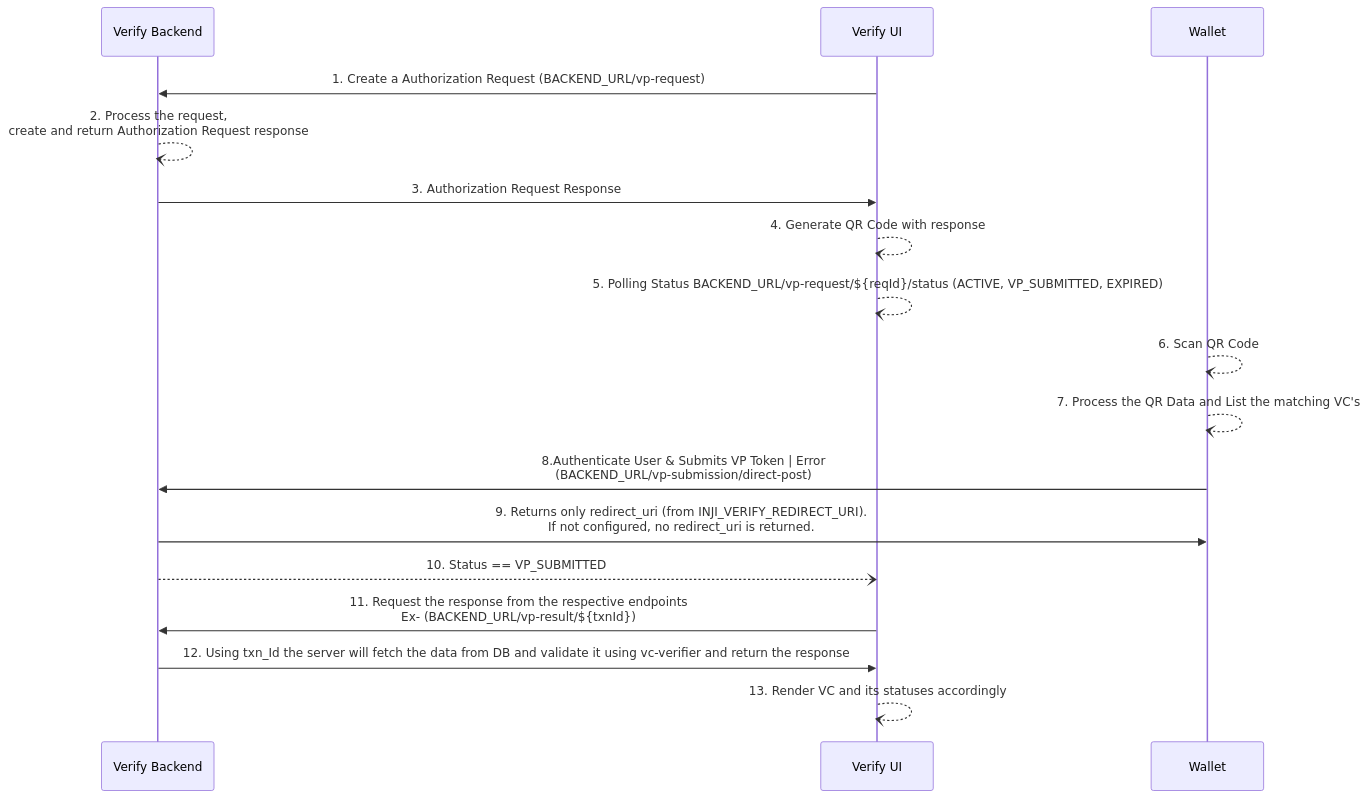
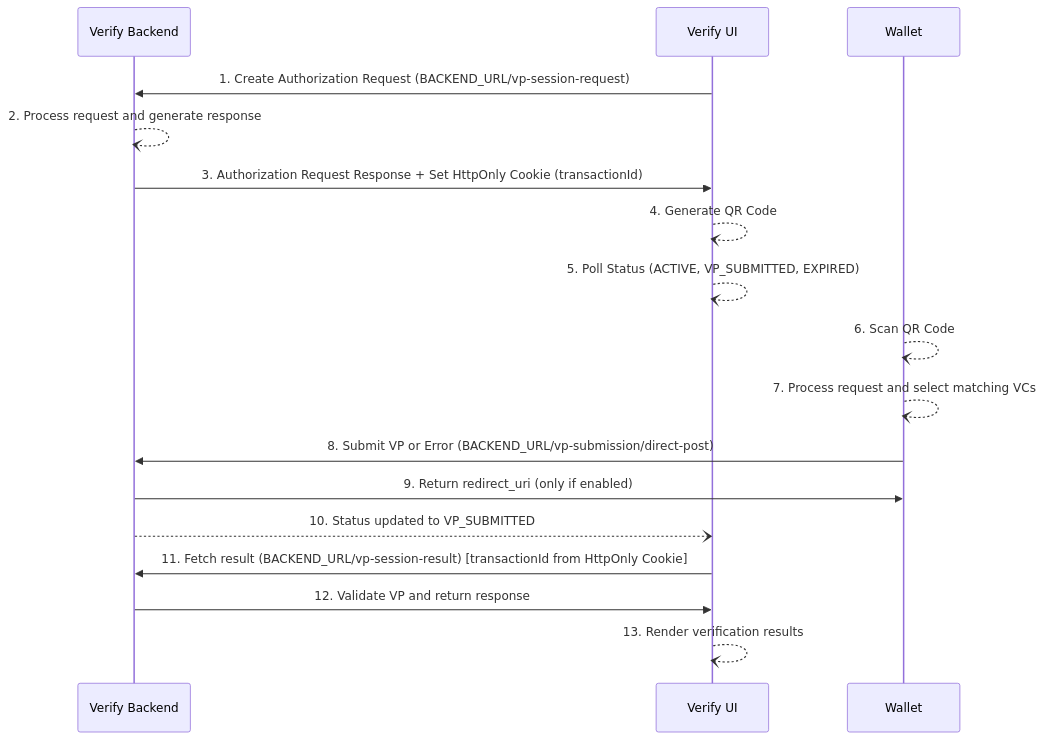
One commit to inji/inji-verify changed the diagram in docs/OpenID4VPCrossDeviceFlow.md. Above: the diagram before and after it, drawn with Mermaid. The commit also changed other lines of this file, not shown here.

````diff
--- a/docs/OpenID4VPCrossDeviceFlow.md
+++ b/docs/OpenID4VPCrossDeviceFlow.md
@@ -101,22 +126,25 @@
 ```mermaid    
 sequenceDiagram
     participant Verify Backend
     participant Verify UI
     participant Wallet
 
+    Verify UI->>Verify Backend: 1. Create Authorization Request (BACKEND_URL/vp-session-request)
+    Verify Backend--)Verify Backend: 2. Process request and generate response
+    Verify Backend->>Verify UI: 3. Authorization Request Response + Set HttpOnly Cookie (transactionId)
 
-    Verify UI->>Verify Backend: 1. Create a Authorization Request (BACKEND_URL/vp-request)
-    Verify Backend--)Verify Backend: 2. Process the request,<br> create and return Authorization Request response
-    Verify Backend->>Verify UI: 3. Authorization Request Response
-    Verify UI--)Verify UI: 4. Generate QR Code with response
-    Verify UI--)Verify UI: 5. Polling Status BACKEND_URL/vp-request/${reqId}/status (ACTIVE, VP_SUBMITTED, EXPIRED)
+    Verify UI--)Verify UI: 4. Generate QR Code
+    Verify UI--)Verify UI: 5. Poll Status (ACTIVE, VP_SUBMITTED, EXPIRED)
+
     Wallet--)Wallet: 6. Scan QR Code
-    Wallet--)Wallet: 7. Process the QR Data and List the matching VC's
-    Wallet->>Verify Backend: 8.Authenticate User & Submits VP Token | Error <br> (BACKEND_URL/vp-submission/direct-post)
-    Verify Backend->>Wallet: 9. Returns only redirect_uri (from INJI_VERIFY_REDIRECT_URI). <br/> If not configured, no redirect_uri is returned.
-    Verify Backend--)Verify UI: 10. Status == VP_SUBMITTED
-    Verify UI->>Verify Backend: 11. Request the response from the respective endpoints <br> Ex- (BACKEND_URL/vp-result/${txnId})
-    Verify Backend->>Verify UI: 12. Using txn_Id the server will fetch the data from DB and validate it using vc-verifier and return the response
-    Verify UI--)Verify UI: 13. Render VC and its statuses accordingly
+    Wallet--)Wallet: 7. Process request and select matching VCs
+    Wallet->>Verify Backend: 8. Submit VP or Error (BACKEND_URL/vp-submission/direct-post)
+
+    Verify Backend->>Wallet: 9. Return redirect_uri (only if enabled)
+    Verify Backend--)Verify UI: 10. Status updated to VP_SUBMITTED
+
+    Verify UI->>Verify Backend: 11. Fetch result (BACKEND_URL/vp-session-result) [transactionId from HttpOnly Cookie]
+    Verify Backend->>Verify UI: 12. Validate VP and return response
+    Verify UI--)Verify UI: 13. Render verification results
     
 ```
````
